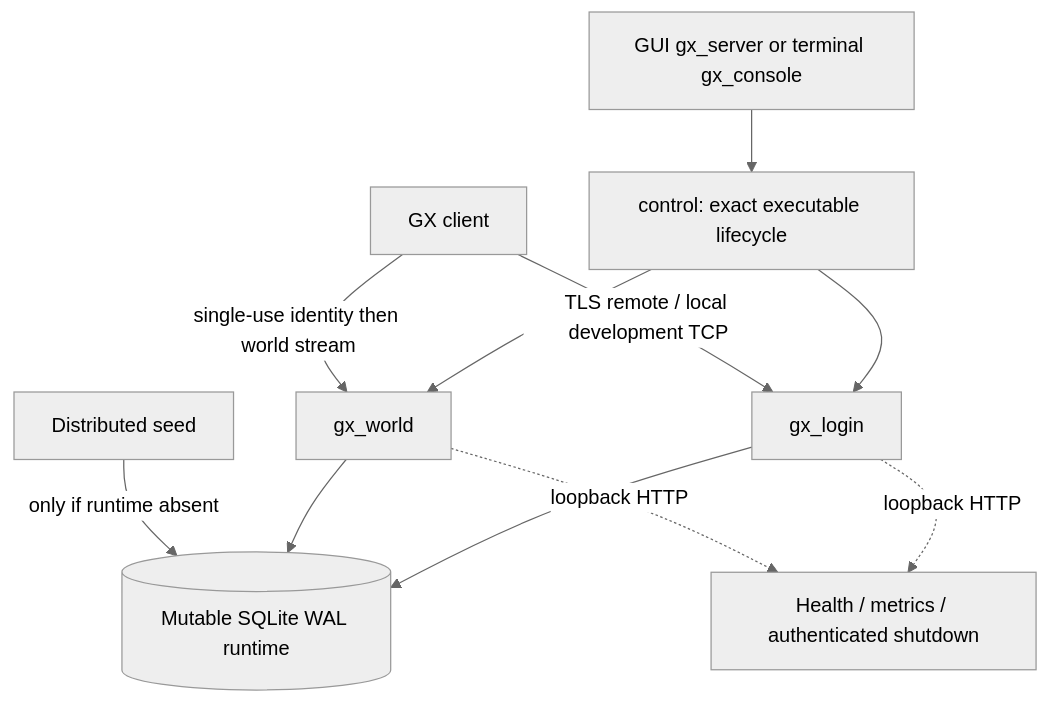
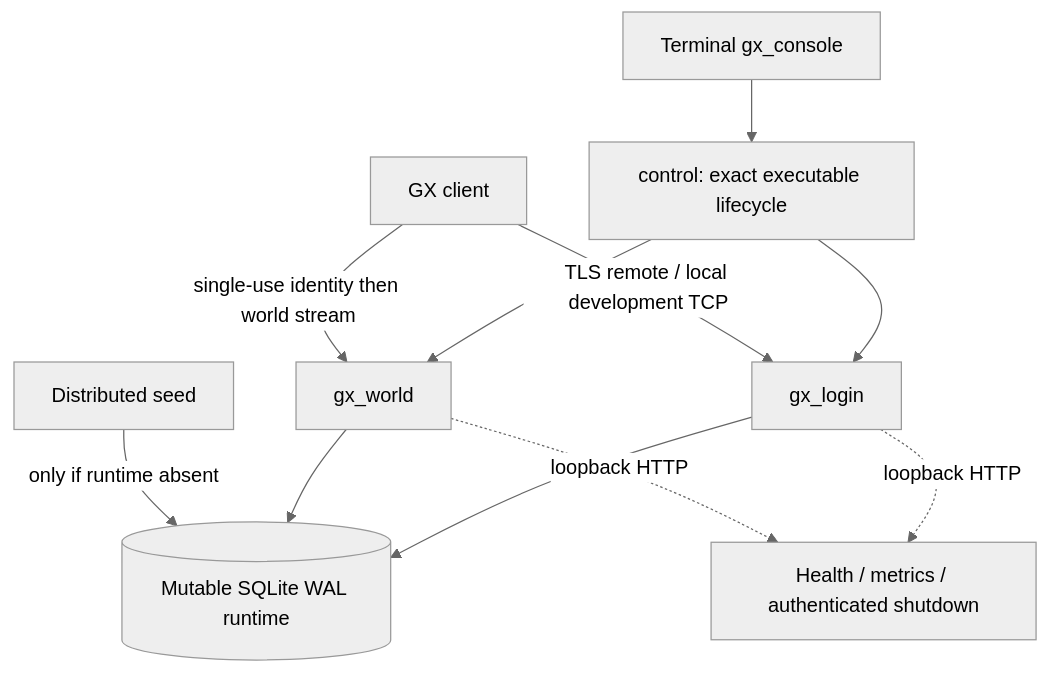
The first of 2 diagrams in docs/wiki/server-architecture.md (CarlosPacheco/Shaiya-GX), drawn with Mermaid (neutral theme) before and after one commit. The commit also changed other lines of this file and 30 other files, not shown here.

Commit message:
Remove GX Server GUI and icon in favor of terminal-only operation

````diff
--- a/docs/wiki/server-architecture.md
+++ b/docs/wiki/server-architecture.md
@@ -25,13 +25,13 @@
 ```mermaid
 flowchart TD
-    Operator[GUI gx_server or terminal gx_console] --> Control[control: exact executable lifecycle]
+    Operator[Terminal gx_console] --> Control[control: exact executable lifecycle]
     Control --> Login[gx_login]
     Control --> World[gx_world]
     Client[GX client] -->|TLS remote / local development TCP| Login
     Client -->|single-use identity then world stream| World
     Login --> DB[(Mutable SQLite WAL runtime)]
     World --> DB
     Login -. loopback HTTP .-> Local[Health / metrics / authenticated shutdown]
     World -. loopback HTTP .-> Local
     Seed[Distributed seed] -->|only if runtime absent| DB
 ```
````
